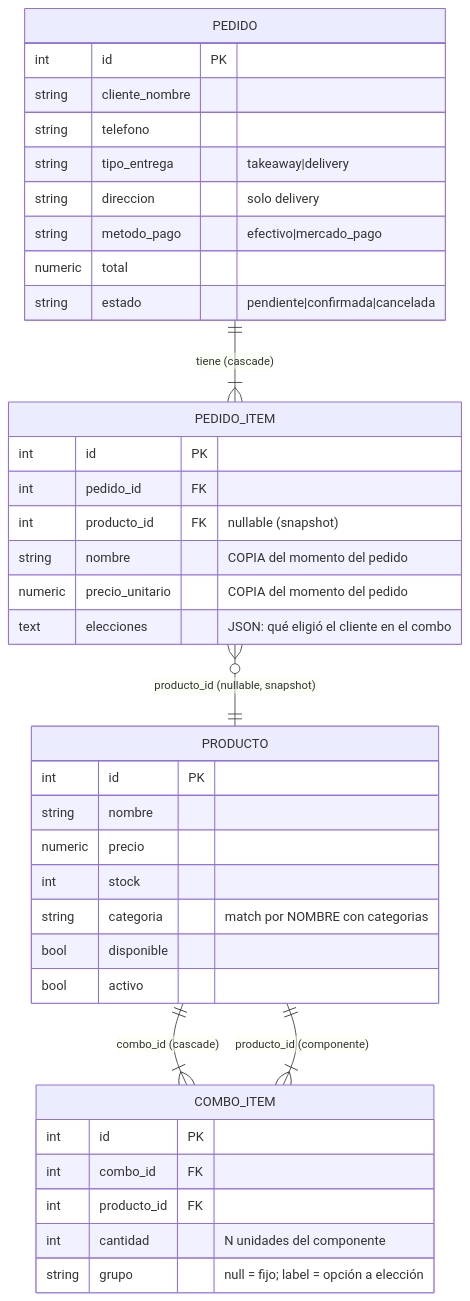
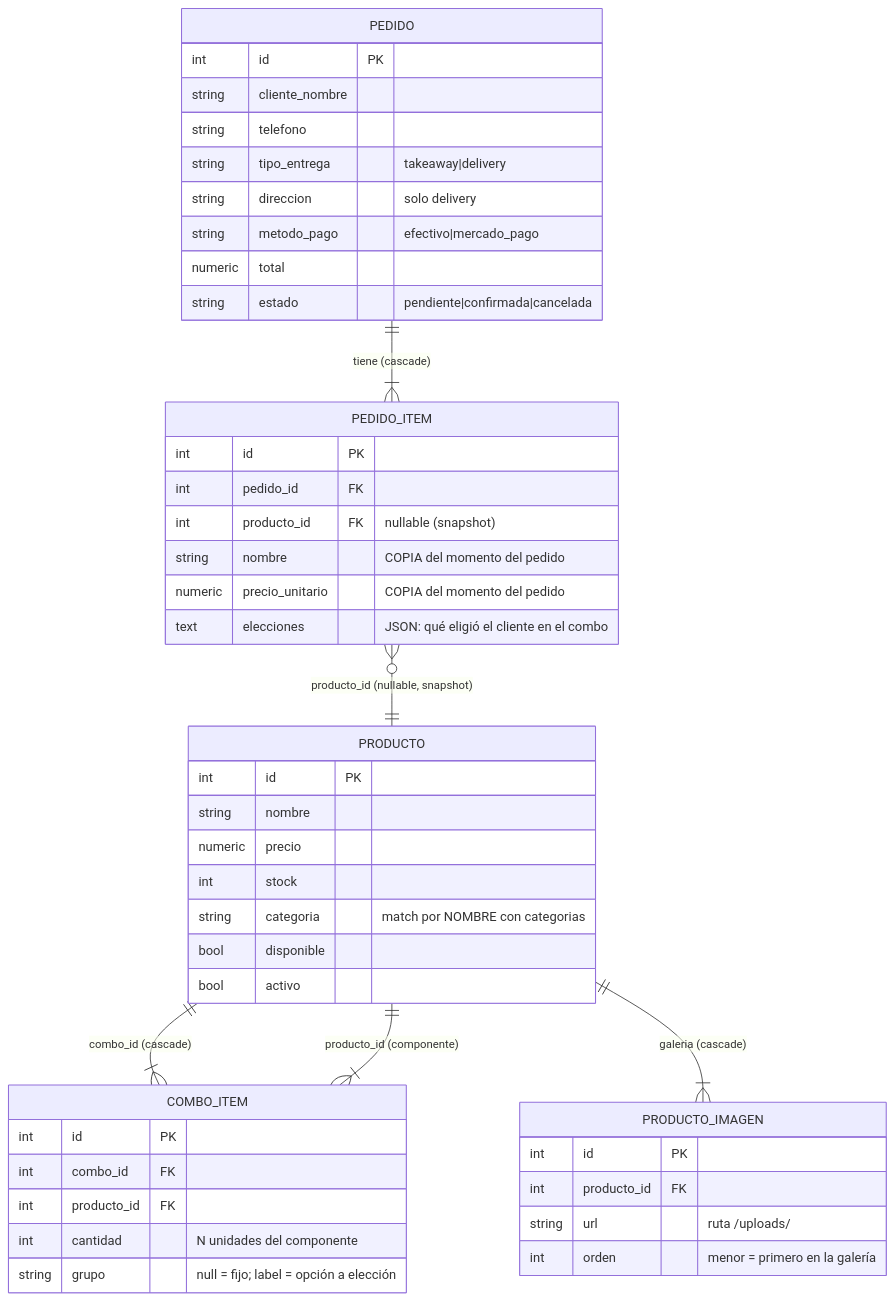
One commit to AlePiris/Proveedor-Catalogo-Whatsapp changed the diagram in docs/base-de-datos.md. Above: the diagram before and after it, drawn with Mermaid. The commit also changed other lines of this file and 10 other files, not shown here.

First line of the commit message:
feat: galeria multi-imagen por producto (subir/borrar/elegir principal)

````diff
--- a/docs/base-de-datos.md
+++ b/docs/base-de-datos.md
@@ -59,42 +61,49 @@
 ```mermaid
 erDiagram
     PEDIDO ||--|{ PEDIDO_ITEM : "tiene (cascade)"
     PEDIDO_ITEM }o--|| PRODUCTO : "producto_id (nullable, snapshot)"
     PRODUCTO ||--|{ COMBO_ITEM : "combo_id (cascade)"
     PRODUCTO ||--|{ COMBO_ITEM : "producto_id (componente)"
+    PRODUCTO ||--|{ PRODUCTO_IMAGEN : "galeria (cascade)"
 
     PRODUCTO {
         int id PK
         string nombre
         numeric precio
         int stock
         string categoria "match por NOMBRE con categorias"
         bool disponible
         bool activo
     }
     PEDIDO {
         int id PK
         string cliente_nombre
         string telefono
         string tipo_entrega "takeaway|delivery"
         string direccion "solo delivery"
         string metodo_pago "efectivo|mercado_pago"
         numeric total
         string estado "pendiente|confirmada|cancelada"
     }
     PEDIDO_ITEM {
         int id PK
         int pedido_id FK
         int producto_id FK "nullable (snapshot)"
         string nombre "COPIA del momento del pedido"
         numeric precio_unitario "COPIA del momento del pedido"
         text elecciones "JSON: qué eligió el cliente en el combo"
     }
     COMBO_ITEM {
         int id PK
         int combo_id FK
         int producto_id FK
         int cantidad "N unidades del componente"
         string grupo "null = fijo; label = opción a elección"
     }
+    PRODUCTO_IMAGEN {
+        int id PK
+        int producto_id FK
+        string url "ruta /uploads/<archivo>"
+        int orden "menor = primero en la galería"
+    }
 ```
````
